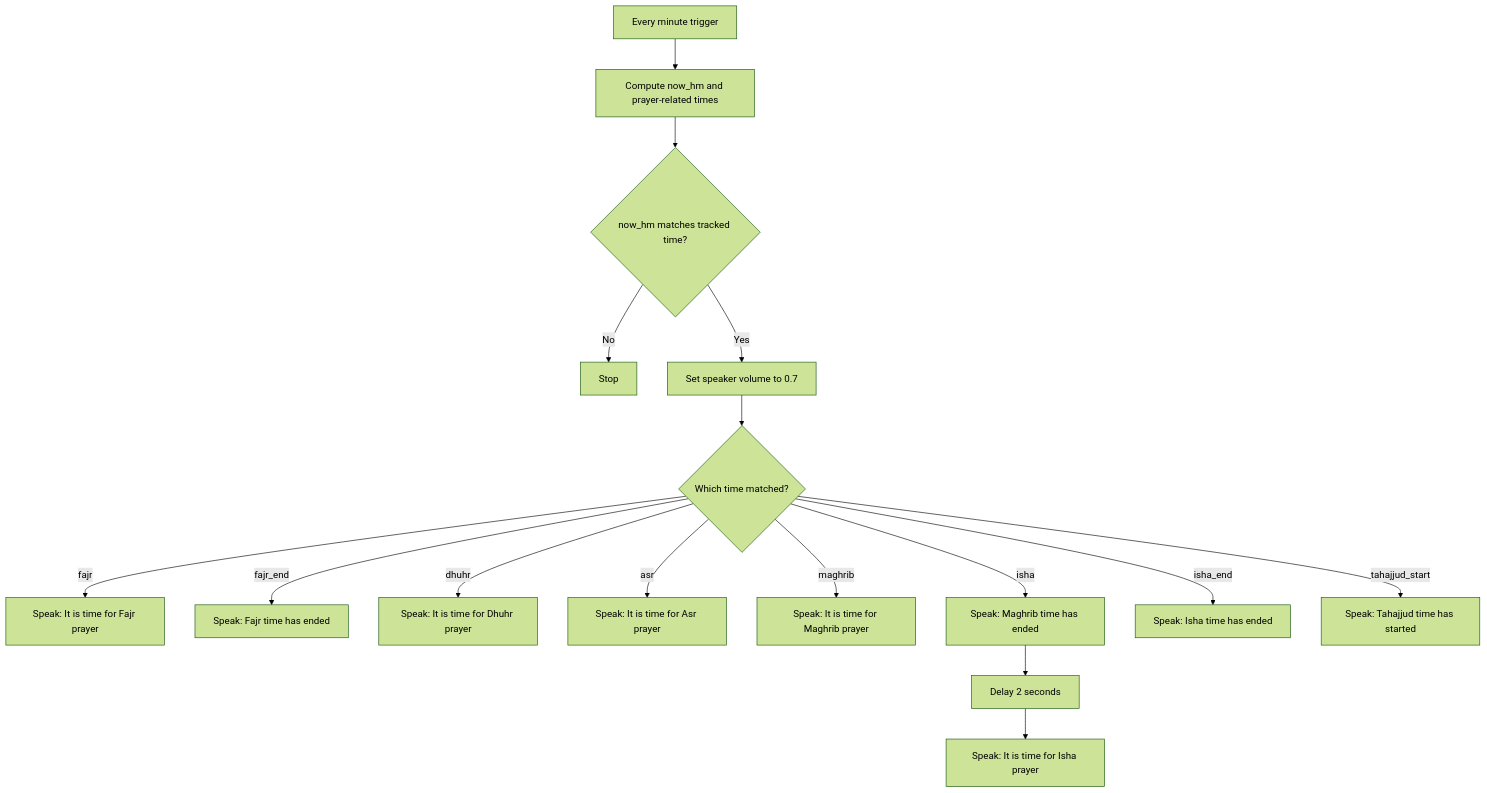
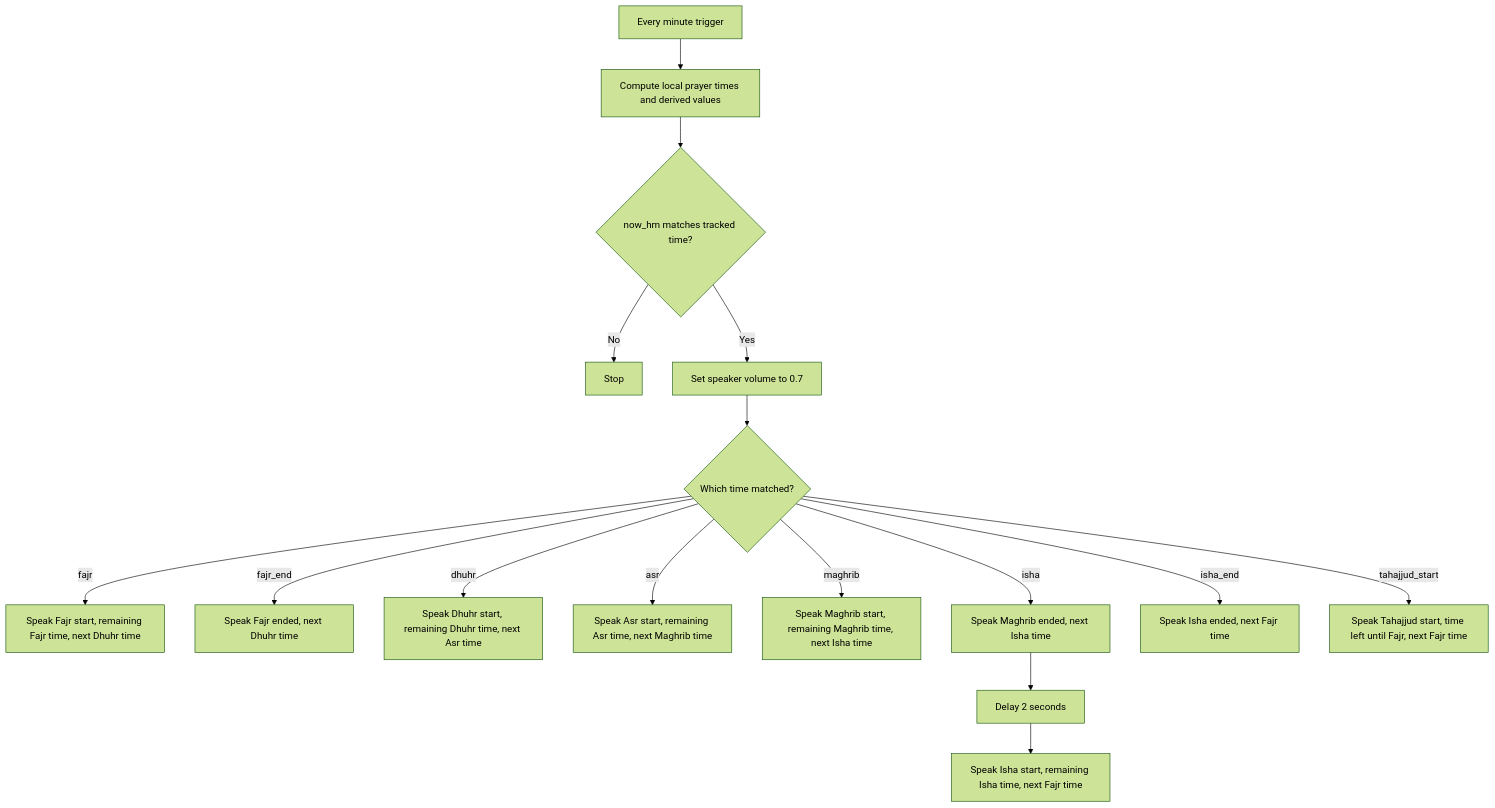
One commit to kashif-khan/homelab changed the diagram in homeassistant/Automation_scripts/Namaz_announcements.md. Above: the diagram before and after it, drawn with Mermaid (forest theme). The commit also changed other lines of this file and 1 other file, not shown here.

Commit message:
Enhance Namaz announcements with detailed remaining time and next prayer information for Fajr, Dhuhr, Asr, Maghrib, Isha, and Tahajjud

````diff
--- a/homeassistant/Automation_scripts/Namaz_announcements.md
+++ b/homeassistant/Automation_scripts/Namaz_announcements.md
@@ -36,19 +71,19 @@
 ```mermaid
 flowchart TD
-    A[Every minute trigger] --> B[Compute now_hm and prayer-related times]
+    A[Every minute trigger] --> B[Compute local prayer times and derived values]
     B --> C{now_hm matches tracked time?}
     C -- No --> Z[Stop]
     C -- Yes --> D[Set speaker volume to 0.7]
     D --> E{Which time matched?}
 
-    E -->|fajr| F[Speak: It is time for Fajr prayer]
-    E -->|fajr_end| G[Speak: Fajr time has ended]
-    E -->|dhuhr| H[Speak: It is time for Dhuhr prayer]
-    E -->|asr| I[Speak: It is time for Asr prayer]
-    E -->|maghrib| J[Speak: It is time for Maghrib prayer]
-    E -->|isha| K[Speak: Maghrib time has ended]
+    E -->|fajr| F[Speak Fajr start, remaining Fajr time, next Dhuhr time]
+    E -->|fajr_end| G[Speak Fajr ended, next Dhuhr time]
+    E -->|dhuhr| H[Speak Dhuhr start, remaining Dhuhr time, next Asr time]
+    E -->|asr| I[Speak Asr start, remaining Asr time, next Maghrib time]
+    E -->|maghrib| J[Speak Maghrib start, remaining Maghrib time, next Isha time]
+    E -->|isha| K[Speak Maghrib ended, next Isha time]
     K --> L[Delay 2 seconds]
-    L --> M[Speak: It is time for Isha prayer]
-    E -->|isha_end| N[Speak: Isha time has ended]
-    E -->|tahajjud_start| O[Speak: Tahajjud time has started]
+    L --> M[Speak Isha start, remaining Isha time, next Fajr time]
+    E -->|isha_end| N[Speak Isha ended, next Fajr time]
+    E -->|tahajjud_start| O[Speak Tahajjud start, time left until Fajr, next Fajr time]
 ```
````
